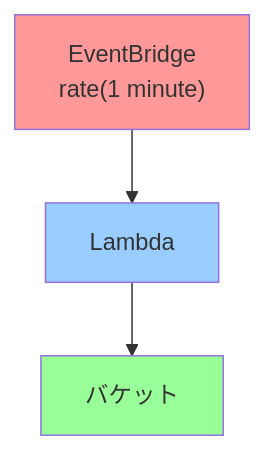
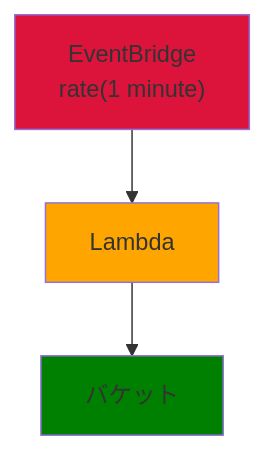
The diagram in sqs-lambda-rate/README.md (cds-code/aws-architecture), drawn with Mermaid before and after one commit.

````diff
--- a/sqs-lambda-rate/README.md
+++ b/sqs-lambda-rate/README.md
@@ -1,9 +1,9 @@
 ```mermaid
 graph TD
     A["EventBridge<br/>rate(1 minute)"] --> B[Lambda]
     B --> C[バケット]
     
-    style A fill:#ff9999
-    style B fill:#99ccff
-    style C fill:#99ff99
+    style A fill:#dc143c
+    style B fill:#ffa500
+    style C fill:#008000
 ```
````
